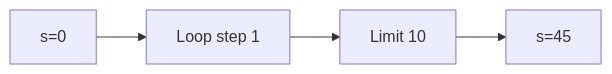
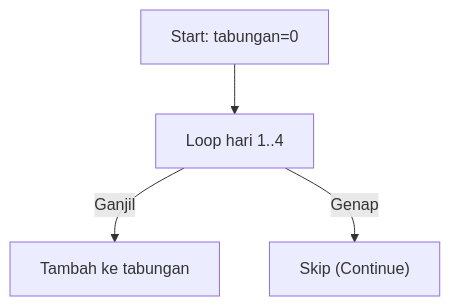
One commit to amnahwaida/OSNK_INF_PREP changed the seventh of 25 diagrams in part-c-pemahaman-cpp/03-perulangan/latihan/set-01.md. Above: the diagram before and after it, drawn with Mermaid. The commit also changed other lines of this file and 71 other files, not shown here.

````diff
--- a/part-c-pemahaman-cpp/03-perulangan/latihan/set-01.md
+++ b/part-c-pemahaman-cpp/03-perulangan/latihan/set-01.md
@@ -183,6 +216,6 @@
 ```mermaid
-graph LR
-A["s=0"] --> B["Loop step 1"]
-B --> C["Limit 10"]
-C --> D["s=45"]
+graph TD
+A["Start: tabungan=0"] --> B["Loop hari 1..4"]
+B -- Ganjil --> C["Tambah ke tabungan"]
+B -- Genap --> D["Skip (Continue)"]
 ```
````
